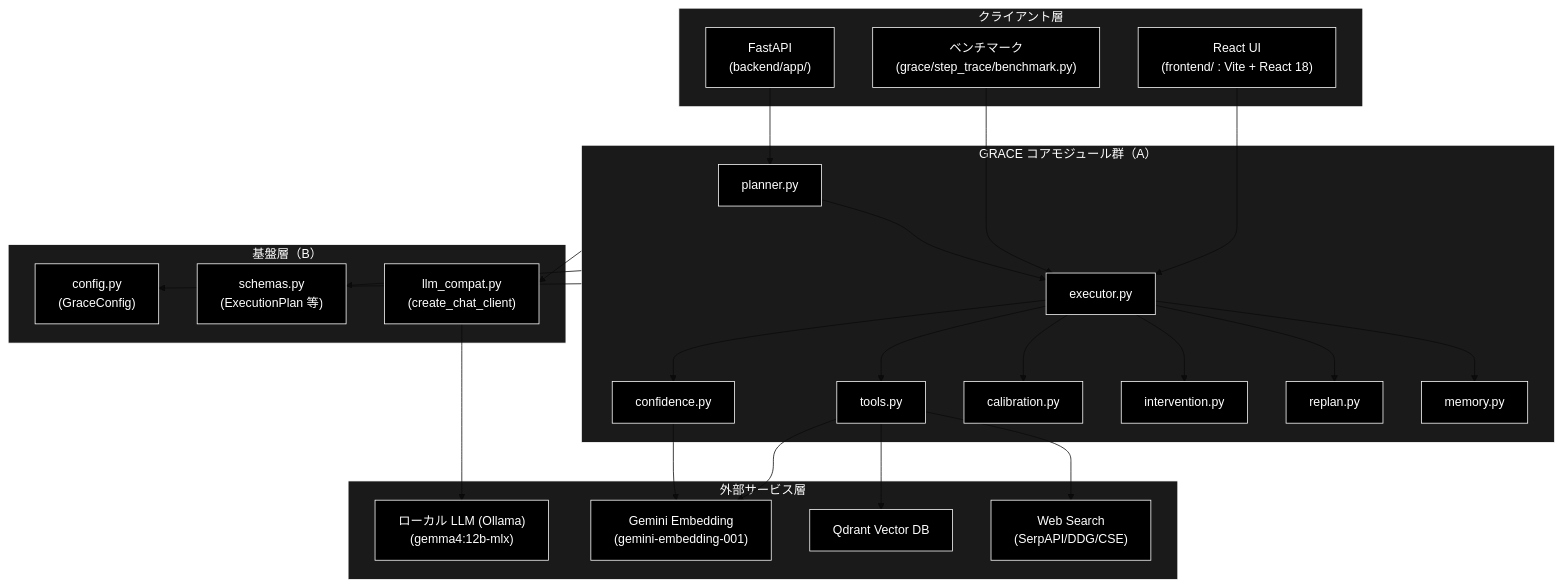
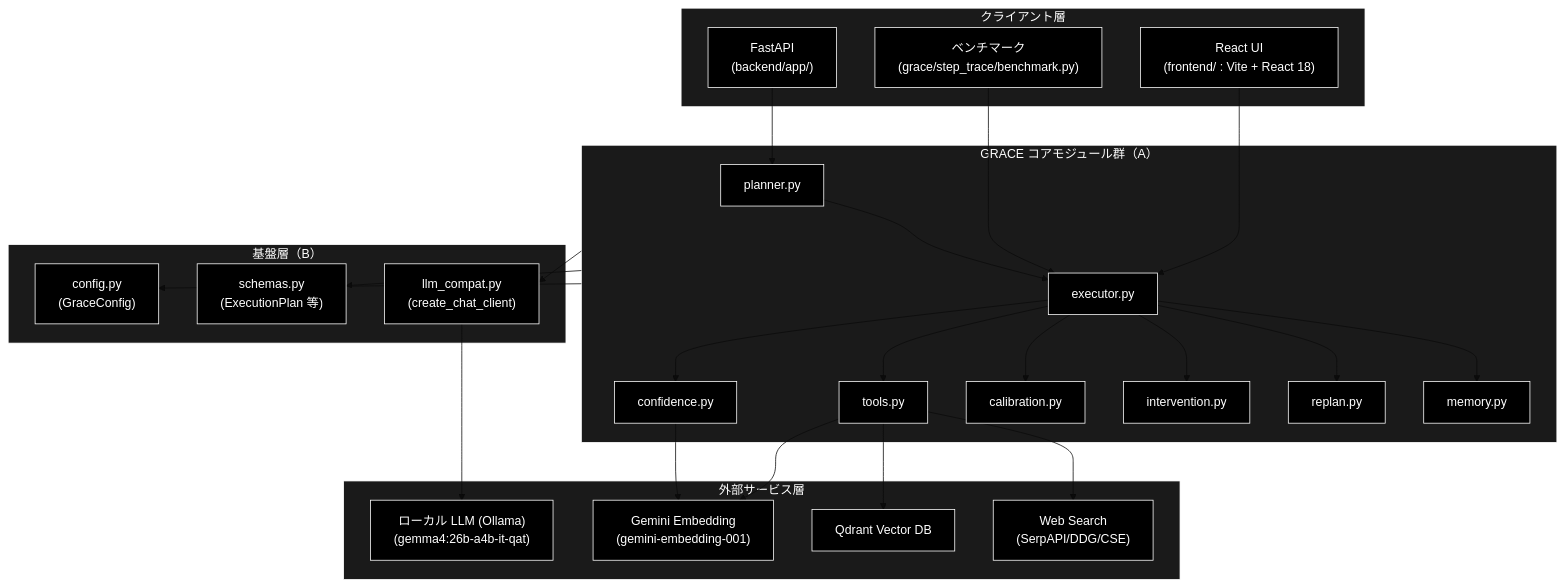
Before and after one commit to nakashima2toshio/grace_v2_local: the second of 6 diagrams in grace/docs/grace_core.md, drawn with Mermaid (base theme). The commit also changed other lines of this file and 16 other files, not shown here.

````diff
--- a/grace/docs/grace_core.md
+++ b/grace/docs/grace_core.md
@@ -145,60 +145,60 @@
 ```mermaid
 flowchart TB
     subgraph CLIENT["クライアント層"]
         UI["React UI<br>(frontend/ : Vite + React 18)"]
         BENCH["ベンチマーク<br>(grace/step_trace/benchmark.py)"]
         API["FastAPI<br>(backend/app/)"]
     end
 
     subgraph CORE["GRACE コアモジュール群（A）"]
         PLANNER["planner.py"]
         EXECUTOR["executor.py"]
         TOOLS["tools.py"]
         CONFIDENCE["confidence.py"]
         CALIBRATION["calibration.py"]
         INTERVENTION["intervention.py"]
         REPLAN["replan.py"]
         MEMORY["memory.py"]
     end
 
     subgraph FOUND["基盤層（B）"]
         CONFIG["config.py<br>(GraceConfig)"]
         SCHEMAS["schemas.py<br>(ExecutionPlan 等)"]
         LLMCOMPAT["llm_compat.py<br>(create_chat_client)"]
     end
 
     subgraph EXTERNAL["外部サービス層"]
-        OLLAMA["ローカル LLM (Ollama)<br>(gemma4:12b-mlx)"]
+        OLLAMA["ローカル LLM (Ollama)<br>(gemma4:26b-a4b-it-qat)"]
         GEMINI["Gemini Embedding<br>(gemini-embedding-001)"]
         QDRANT["Qdrant Vector DB"]
         WEB["Web Search<br>(SerpAPI/DDG/CSE)"]
     end
 
     UI --> EXECUTOR
     BENCH --> EXECUTOR
     API --> PLANNER
     PLANNER --> EXECUTOR
     EXECUTOR --> TOOLS
     EXECUTOR --> CONFIDENCE
     EXECUTOR --> CALIBRATION
     EXECUTOR --> INTERVENTION
     EXECUTOR --> REPLAN
     EXECUTOR --> MEMORY
 
     CORE --> CONFIG
     CORE --> SCHEMAS
     CORE --> LLMCOMPAT
 
     LLMCOMPAT --> OLLAMA
     TOOLS --> GEMINI
     CONFIDENCE --> GEMINI
     TOOLS --> QDRANT
     TOOLS --> WEB
 classDef default fill:#000,stroke:#fff,color:#fff
 classDef subgraphStyle fill:#1a1a1a,stroke:#fff,color:#fff
 class UI,BENCH,API,PLANNER,EXECUTOR,TOOLS,CONFIDENCE,CALIBRATION,INTERVENTION,REPLAN,MEMORY,CONFIG,SCHEMAS,LLMCOMPAT,OLLAMA,GEMINI,QDRANT,WEB default
 style CLIENT fill:#1a1a1a,stroke:#fff,color:#fff
 style CORE fill:#1a1a1a,stroke:#fff,color:#fff
 style FOUND fill:#1a1a1a,stroke:#fff,color:#fff
 style EXTERNAL fill:#1a1a1a,stroke:#fff,color:#fff
 ```
````
